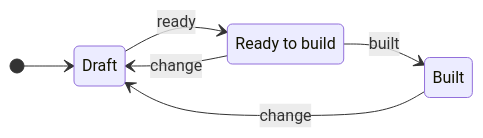
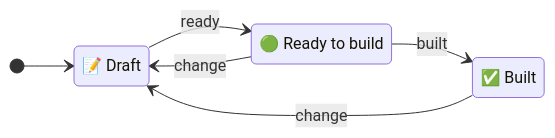
One commit to michaelmarconi/agentic-engineering changed the diagram in docs/skills/spec.md. Above: the diagram before and after it, drawn with Mermaid. The commit also changed other lines of this file and 15 other files, not shown here.

````diff
--- a/docs/skills/spec.md
+++ b/docs/skills/spec.md
@@ -58,10 +58,12 @@
 ```mermaid
 stateDiagram-v2
     direction LR
+    state "📝 Draft" as Draft
+    state "🟢 Ready to build" as Ready
+    state "✅ Built" as Built
     [*] --> Draft
     Draft --> Ready: ready
     Ready --> Draft: change
     Ready --> Built: built
     Built --> Draft: change
-    Ready: Ready to build
 ```
````
